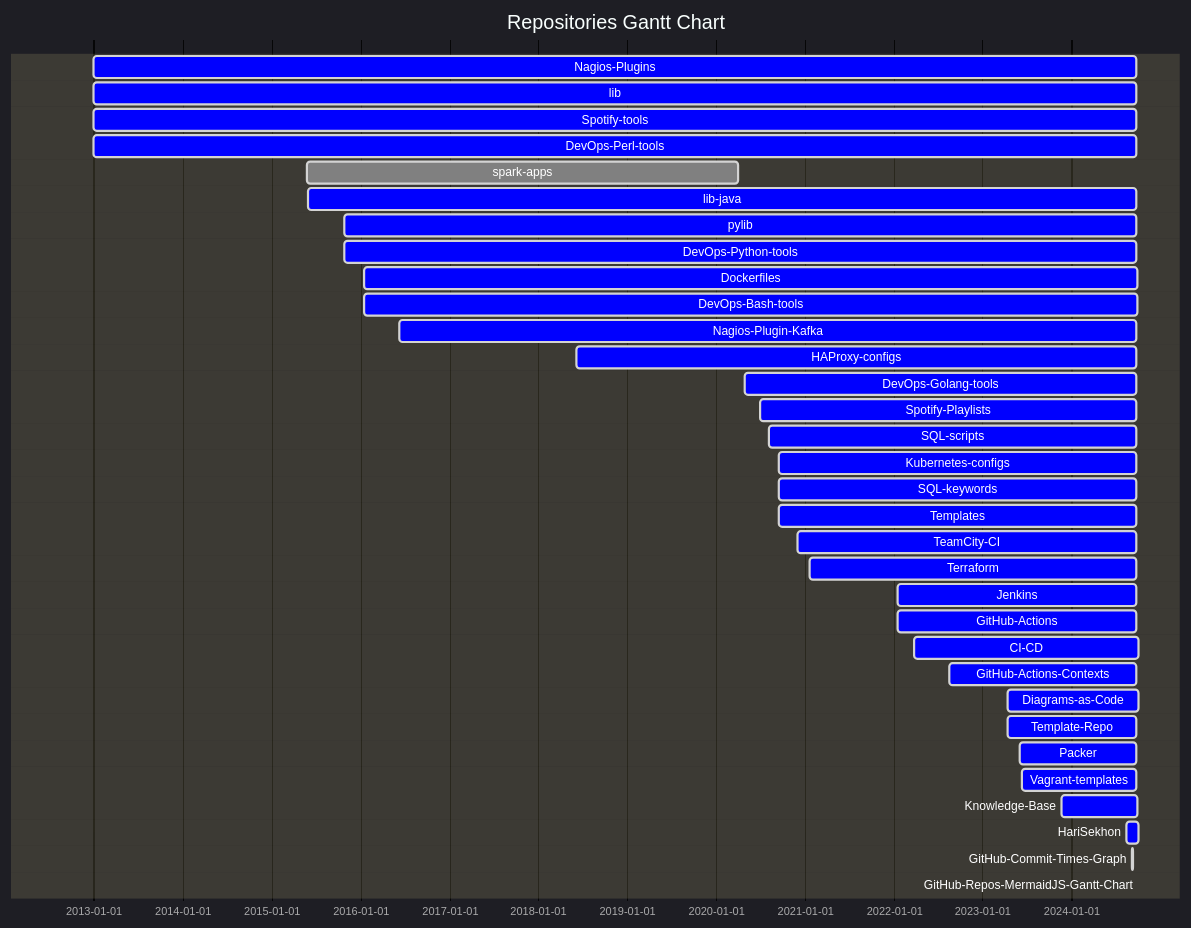
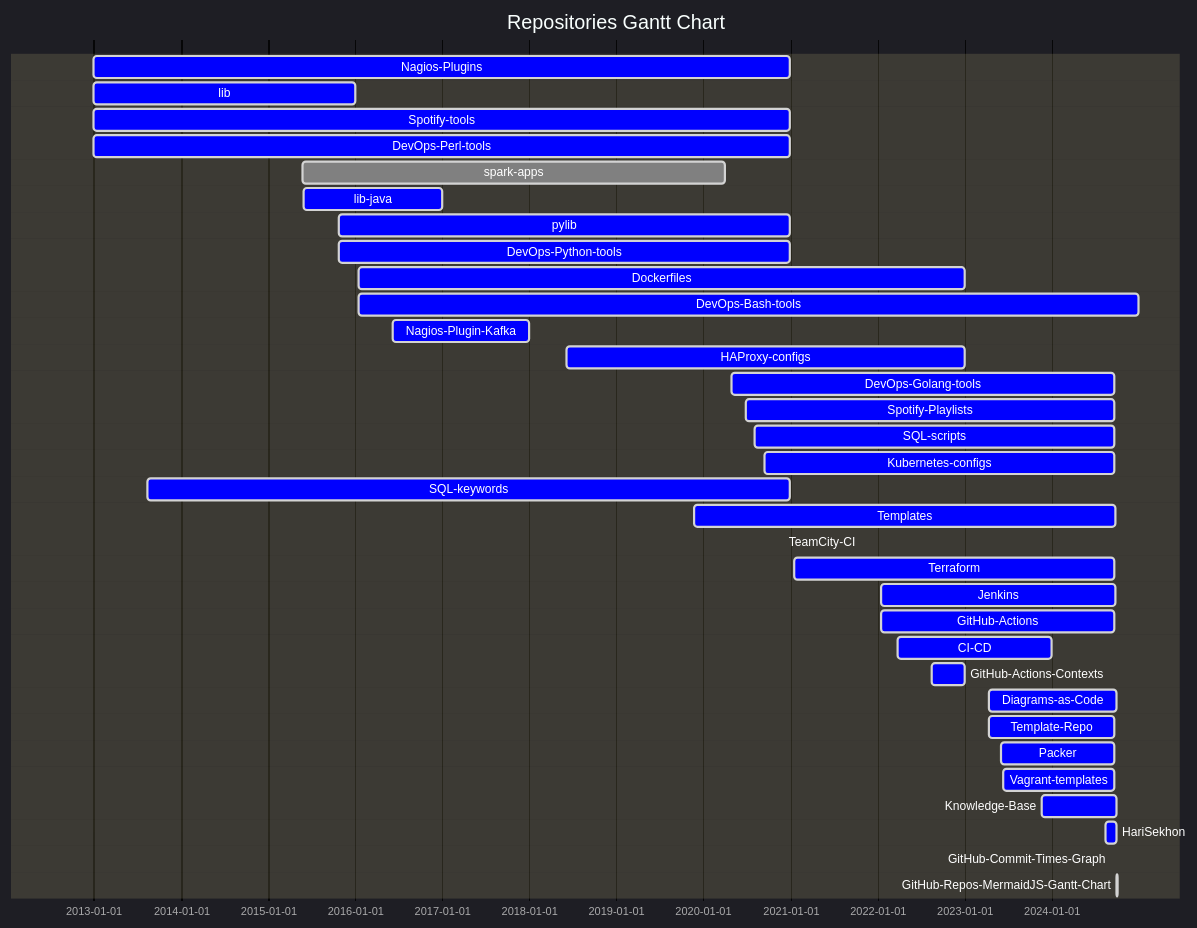
Before and after one commit to HariSekhon/HariSekhon: the first of 2 diagrams in README.md, drawn with Mermaid.

````diff
--- a/README.md
+++ b/README.md
@@ -259,55 +259,55 @@
 ```mermaid
 %%{ init: {
         "logLevel": "debug",
         'theme': 'dark',
         'themeVariables': {
           'activeTaskBkgColor': '#0000ff',
           'activeTaskBorderColor': 'lightgrey',
           'critBorderColor': 'lightgrey',
           'doneTaskBkgColor': 'grey',
           'doneTaskBorderColor': 'lightgrey',
           'taskBkgColor': 'black',
           'taskBorderColor': 'black',
           'taskTextColor': 'white',
           'taskTextDarkColor': 'white',
           'taskTextLightColor': 'black',
           'todayLineColor': 'red'
         }
     }
 }%%
 gantt
     dateFormat  YYYY-MM-DD
     title Repositories Gantt Chart
-    Nagios-Plugins : active, 2012-12-30, 2024-09-22
-    lib : active, 2012-12-30, 2024-09-22
-    Spotify-tools : active, 2012-12-30, 2024-09-22
-    DevOps-Perl-tools : active, 2012-12-30, 2024-09-22
+    Nagios-Plugins : active, 2012-12-30, 2020-12-31
+    lib : active, 2012-12-30, 2015-12-31
+    Spotify-tools : active, 2012-12-30, 2020-12-31
+    DevOps-Perl-tools : active, 2012-12-30, 2020-12-31
     spark-apps : done, 2015-05-25, 2020-04-02
-    lib-java : active, 2015-05-31, 2024-09-22
-    pylib : active, 2015-10-27, 2024-09-23
-    DevOps-Python-tools : active, 2015-10-27, 2024-09-23
-    Dockerfiles : active, 2016-01-17, 2024-09-28
-    DevOps-Bash-tools : active, 2016-01-17, 2024-09-28
-    Nagios-Plugin-Kafka : active, 2016-06-07, 2024-09-22
-    HAProxy-configs : active, 2018-06-08, 2024-09-22
+    lib-java : active, 2015-05-31, 2016-12-31
+    pylib : active, 2015-10-27, 2020-12-31
+    DevOps-Python-tools : active, 2015-10-27, 2020-12-31
+    Dockerfiles : active, 2016-01-17, 2022-12-31
+    DevOps-Bash-tools : active, 2016-01-17, 2024-12-31
+    Nagios-Plugin-Kafka : active, 2016-06-07, 2017-12-31
+    HAProxy-configs : active, 2018-06-08, 2022-12-31
     DevOps-Golang-tools : active, 2020-04-30, 2024-09-22
     Spotify-Playlists : active, 2020-06-29, 2024-09-22
     SQL-scripts : active, 2020-08-05, 2024-09-21
     Kubernetes-configs : active, 2020-09-16, 2024-09-21
-    SQL-keywords : active, 2020-09-16, 2024-09-21
-    Templates : active, 2020-09-16, 2024-09-25
-    TeamCity-CI : active, 2020-12-03, 2024-09-21
+    SQL-keywords : active, 2013-08-13, 2020-12-31
+    Templates : active, 2019-11-25, 2024-09-25
+    TeamCity-CI : active, 2020-12-03, 2022-13-31
     Terraform : active, 2021-01-18, 2024-09-21
     Jenkins : active, 2022-01-17, 2024-09-23
     GitHub-Actions : active, 2022-01-17, 2024-09-22
-    CI-CD : active, 2022-03-25, 2024-10-01
-    GitHub-Actions-Contexts : active, 2022-08-17, 2024-09-21
+    CI-CD : active, 2022-03-25, 2023-12-31
+    GitHub-Actions-Contexts : active, 2022-08-17, 2022-12-31
     Diagrams-as-Code : active, 2023-04-14, 2024-10-02
     Template-Repo : active, 2023-04-15, 2024-09-22
     Packer : active, 2023-06-02, 2024-09-21
     Vagrant-templates : active, 2023-06-12, 2024-09-21
     Knowledge-Base : active, 2023-11-22, 2024-09-29
     HariSekhon : active, 2024-08-14, 2024-10-02
     GitHub-Commit-Times-Graph : active, 2024-09-07, 2024-09-08
-    GitHub-Repos-MermaidJS-Gantt-Chart : active, 2024-10-02, 2024-10-02
+    GitHub-Repos-MermaidJS-Gantt-Chart : active, 2024-10-02, 2024-10-03
 ```
````
